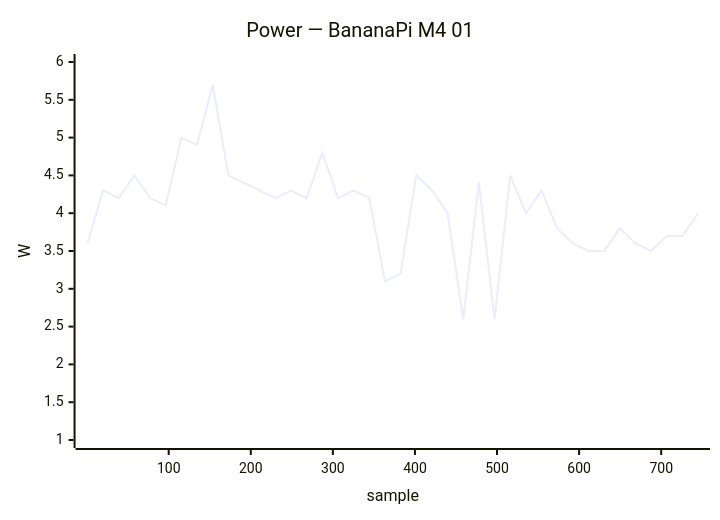
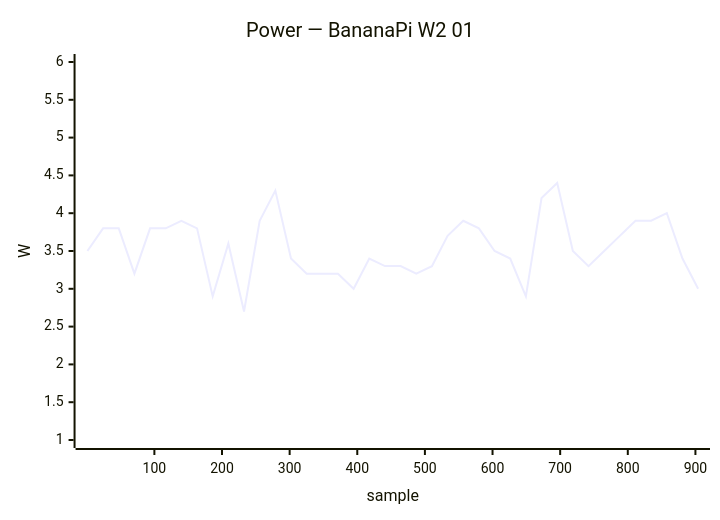
Before and after one commit to armbian/documentation: diagram 16 of 50 in docs/status/board-tests.md, drawn with Mermaid. The commit also changed other lines of this file, not shown here.

````diff
--- a/docs/status/board-tests.md
+++ b/docs/status/board-tests.md
@@ -569,7 +778,7 @@
 ```mermaid
 xychart-beta
-    title "Power — BananaPi M4 01"
-    x-axis "sample" 1 --> 745
+    title "Power — BananaPi W2 01"
+    x-axis "sample" 1 --> 904
     y-axis "W" 1.0 --> 6.0
-    line [3.6, 4.3, 4.2, 4.5, 4.2, 4.1, 5.0, 4.9, 5.7, 4.5, 4.4, 4.3, 4.2, 4.3, 4.2, 4.8, 4.2, 4.3, 4.2, 3.1, 3.2, 4.5, 4.3, 4.0, 2.6, 4.4, 2.6, 4.5, 4.0, 4.3, 3.8, 3.6, 3.5, 3.5, 3.8, 3.6, 3.5, 3.7, 3.7, 4.0]
+    line [3.5, 3.8, 3.8, 3.2, 3.8, 3.8, 3.9, 3.8, 2.9, 3.6, 2.7, 3.9, 4.3, 3.4, 3.2, 3.2, 3.2, 3.0, 3.4, 3.3, 3.3, 3.2, 3.3, 3.7, 3.9, 3.8, 3.5, 3.4, 2.9, 4.2, 4.4, 3.5, 3.3, 3.5, 3.7, 3.9, 3.9, 4.0, 3.4, 3.0]
 ```
````
